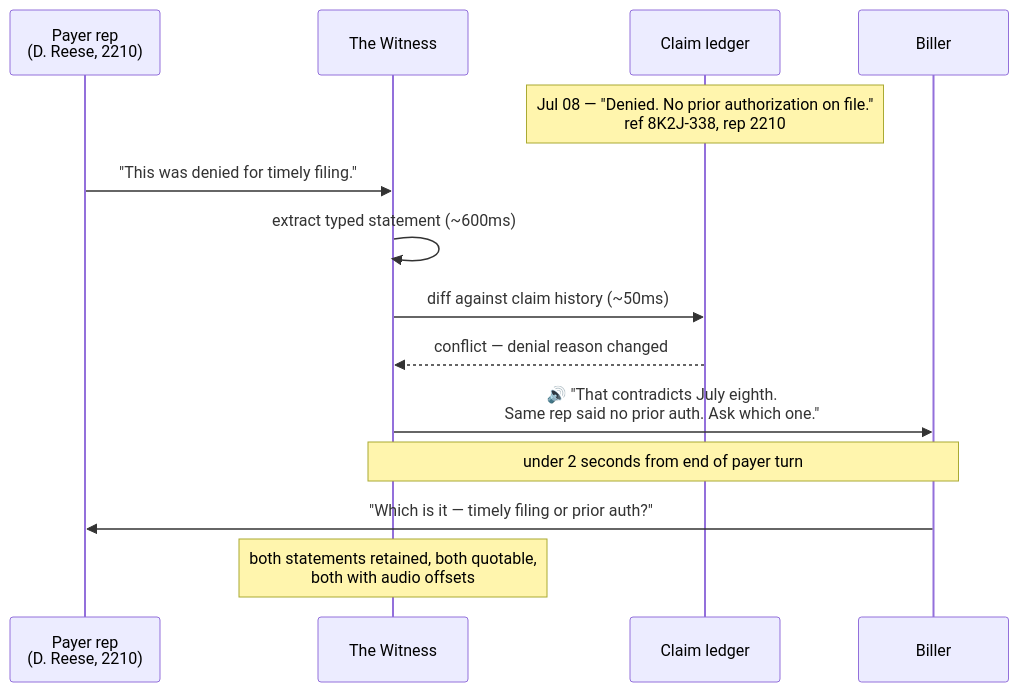
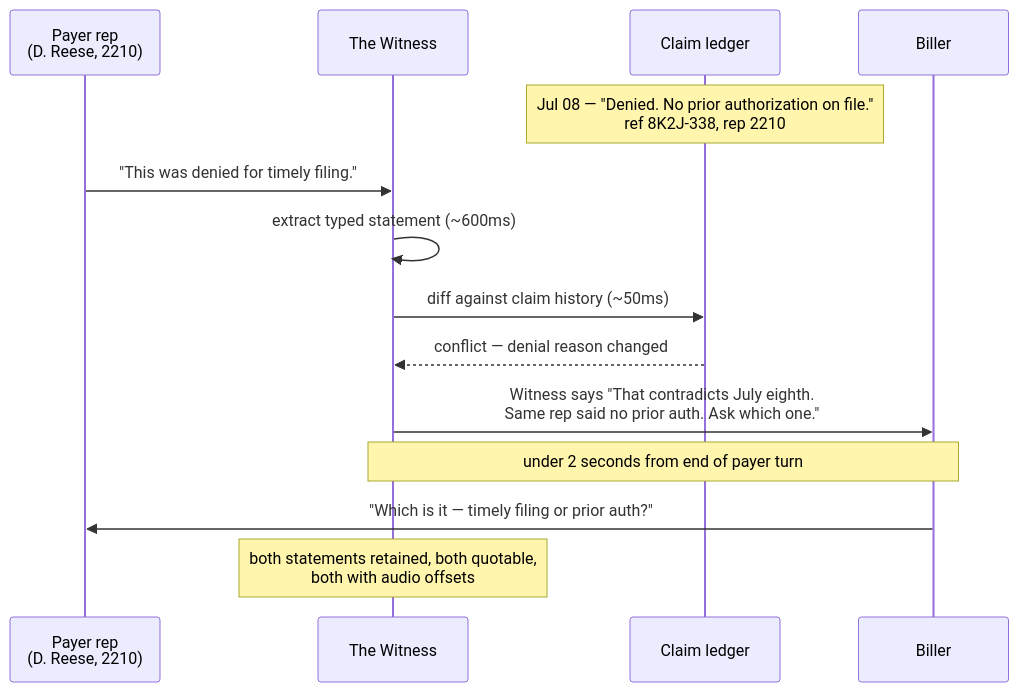
Before and after one commit to velez2689/the-witness: the second of 2 diagrams in README.md, drawn with Mermaid. The commit also changed other lines of this file and 4 other files, not shown here.

````diff
--- a/README.md
+++ b/README.md
@@ -79,18 +79,18 @@
 ```mermaid
 sequenceDiagram
     participant P as Payer rep<br/>(D. Reese, 2210)
     participant W as The Witness
     participant L as Claim ledger
     participant B as Biller
 
     Note over L: Jul 08 — "Denied. No prior authorization on file."<br/>ref 8K2J-338, rep 2210
 
     P->>W: "This was denied for timely filing."
     W->>W: extract typed statement (~600ms)
     W->>L: diff against claim history (~50ms)
     L-->>W: conflict — denial reason changed
-    W->>B: 🔊 "That contradicts July eighth.<br/>Same rep said no prior auth. Ask which one."
+    W->>B: Witness says "That contradicts July eighth.<br/>Same rep said no prior auth. Ask which one."
     Note over W,B: under 2 seconds from end of payer turn
     B->>P: "Which is it — timely filing or prior auth?"
     Note over W: both statements retained, both quotable,<br/>both with audio offsets
 ```
````
